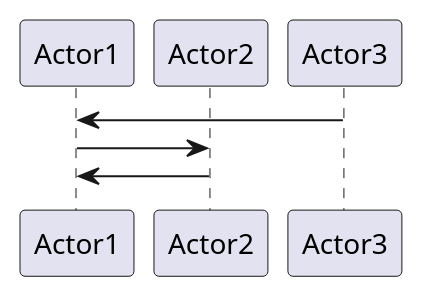
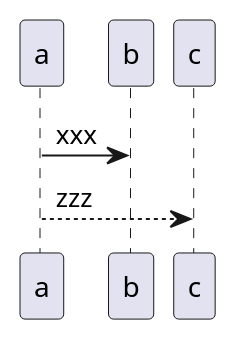
Before and after one commit to davidsteiner/seq-rs: the diagram in example.puml, drawn with PlantUML. The commit also changed 5 other files, not shown here.

```diff
--- a/example.puml
+++ b/example.puml
@@ -1,8 +1,5 @@
 @startuml
-participant Actor1
-participant Actor2
-
-Actor3 -> Actor1
-Actor1 -> Actor2
-Actor2 -> Actor1
+participant a
+a -> b : xxx
+c <-- a: zzz
 @enduml
```
